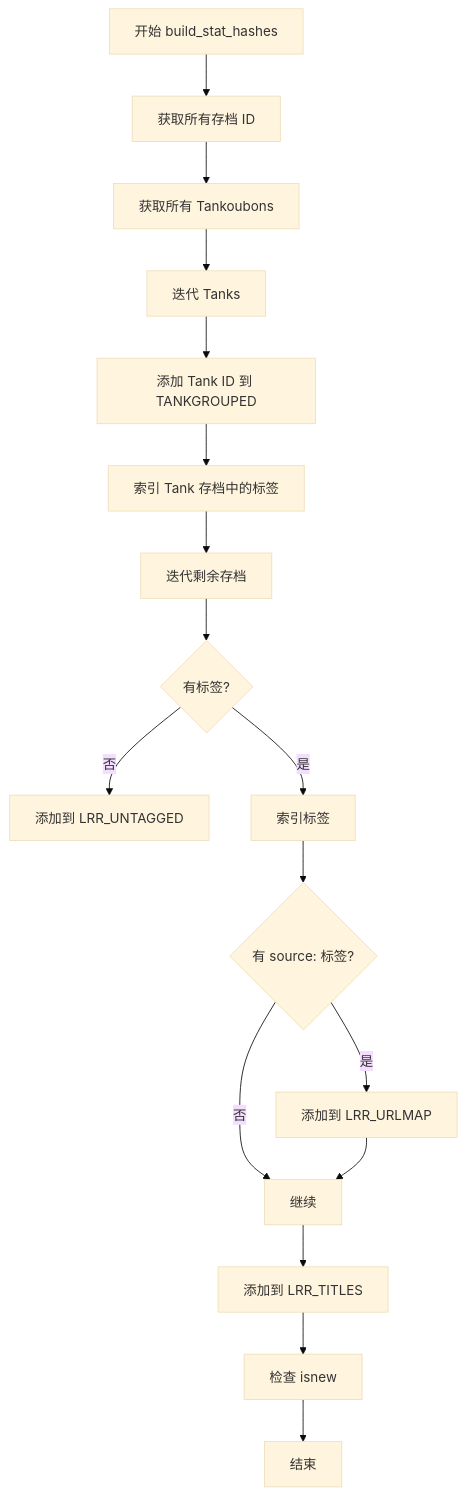
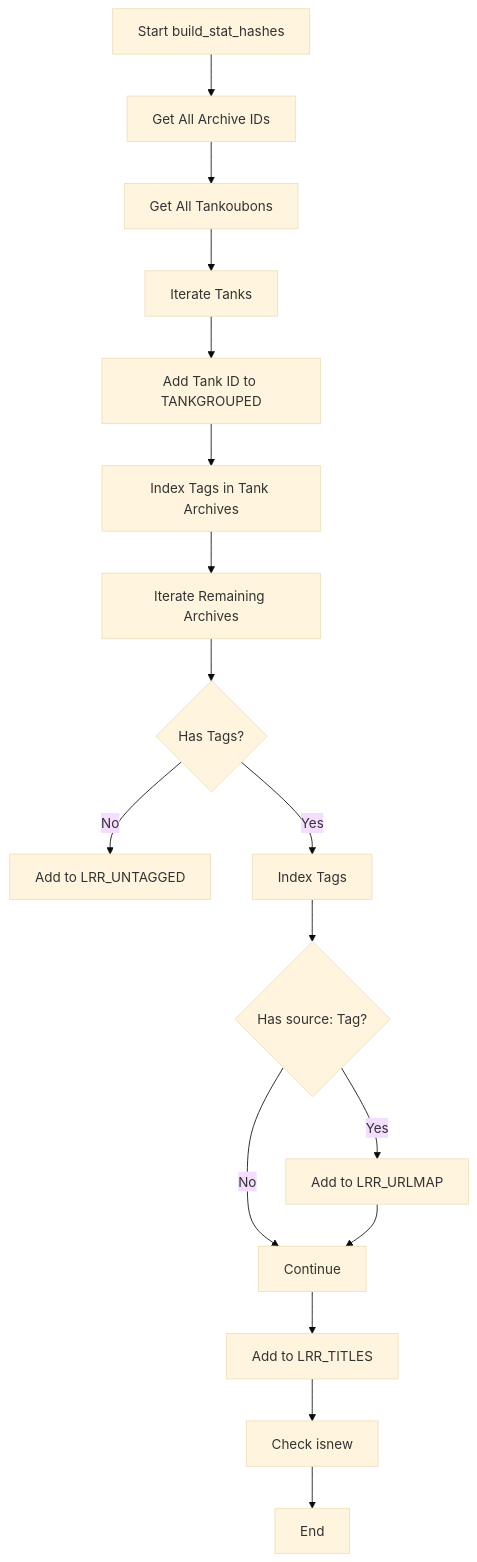
One commit to OborozukiNoYume/LANraragi changed the third of 3 diagrams in docs/zh-CN/06_models.md. Above: the diagram before and after it, drawn with Mermaid (base theme). The commit also changed other lines of this file and 7 other files, not shown here.

````diff
--- a/docs/zh-CN/06_models.md
+++ b/docs/zh-CN/06_models.md
@@ -481,19 +481,19 @@
 ```mermaid
 flowchart TD
-    A[开始 build_stat_hashes] --> B[获取所有存档 ID]
-    B --> C[获取所有 Tankoubons]
-    C --> D[迭代 Tanks]
-    D --> E[添加 Tank ID 到 TANKGROUPED]
-    E --> F[索引 Tank 存档中的标签]
-    F --> G[迭代剩余存档]
-    G --> H{有标签?}
-    H -->|否| I[添加到 LRR_UNTAGGED]
-    H -->|是| J[索引标签]
-    J --> K{有 source: 标签?}
-    K -->|是| L[添加到 LRR_URLMAP]
-    K -->|否| M[继续]
+    A[Start build_stat_hashes] --> B[Get All Archive IDs]
+    B --> C[Get All Tankoubons]
+    C --> D[Iterate Tanks]
+    D --> E[Add Tank ID to TANKGROUPED]
+    E --> F[Index Tags in Tank Archives]
+    F --> G[Iterate Remaining Archives]
+    G --> H{Has Tags?}
+    H -->|No| I[Add to LRR_UNTAGGED]
+    H -->|Yes| J[Index Tags]
+    J --> K{Has source: Tag?}
+    K -->|Yes| L[Add to LRR_URLMAP]
+    K -->|No| M[Continue]
     L --> M
-    M --> N[添加到 LRR_TITLES]
-    N --> O[检查 isnew]
-    O --> P[结束]
+    M --> N[Add to LRR_TITLES]
+    N --> O[Check isnew]
+    O --> P[End]
 ```
````
